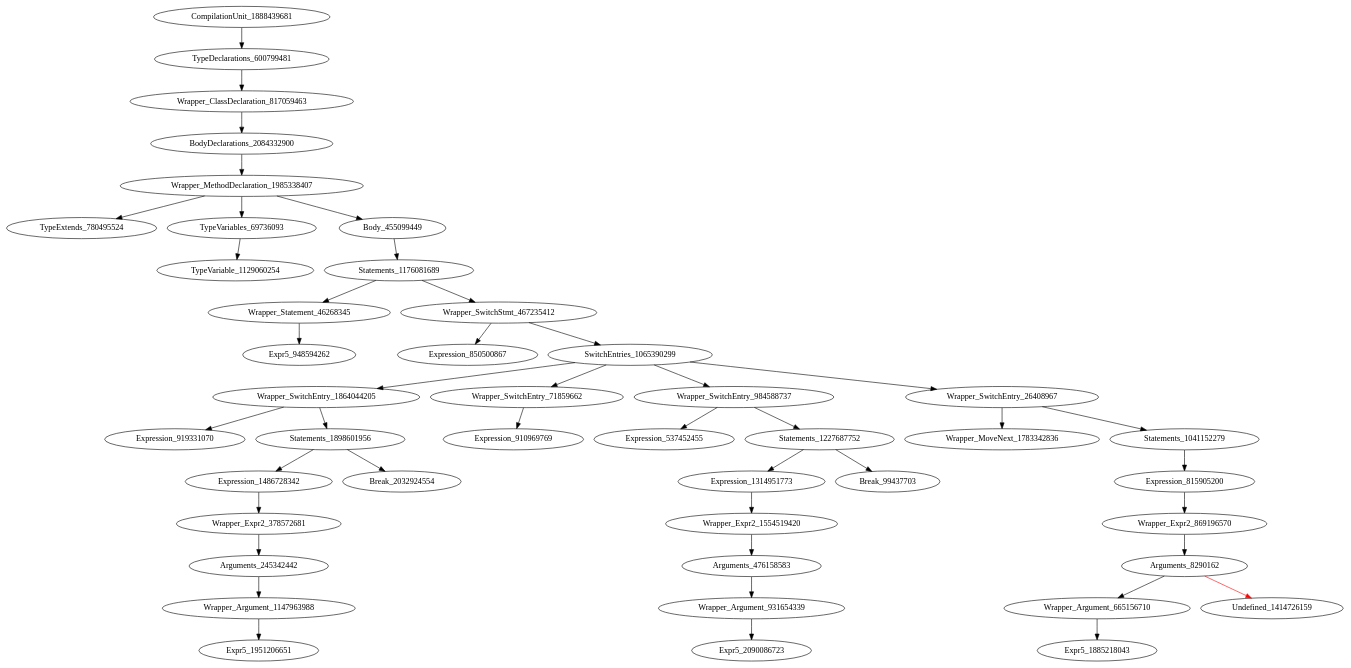
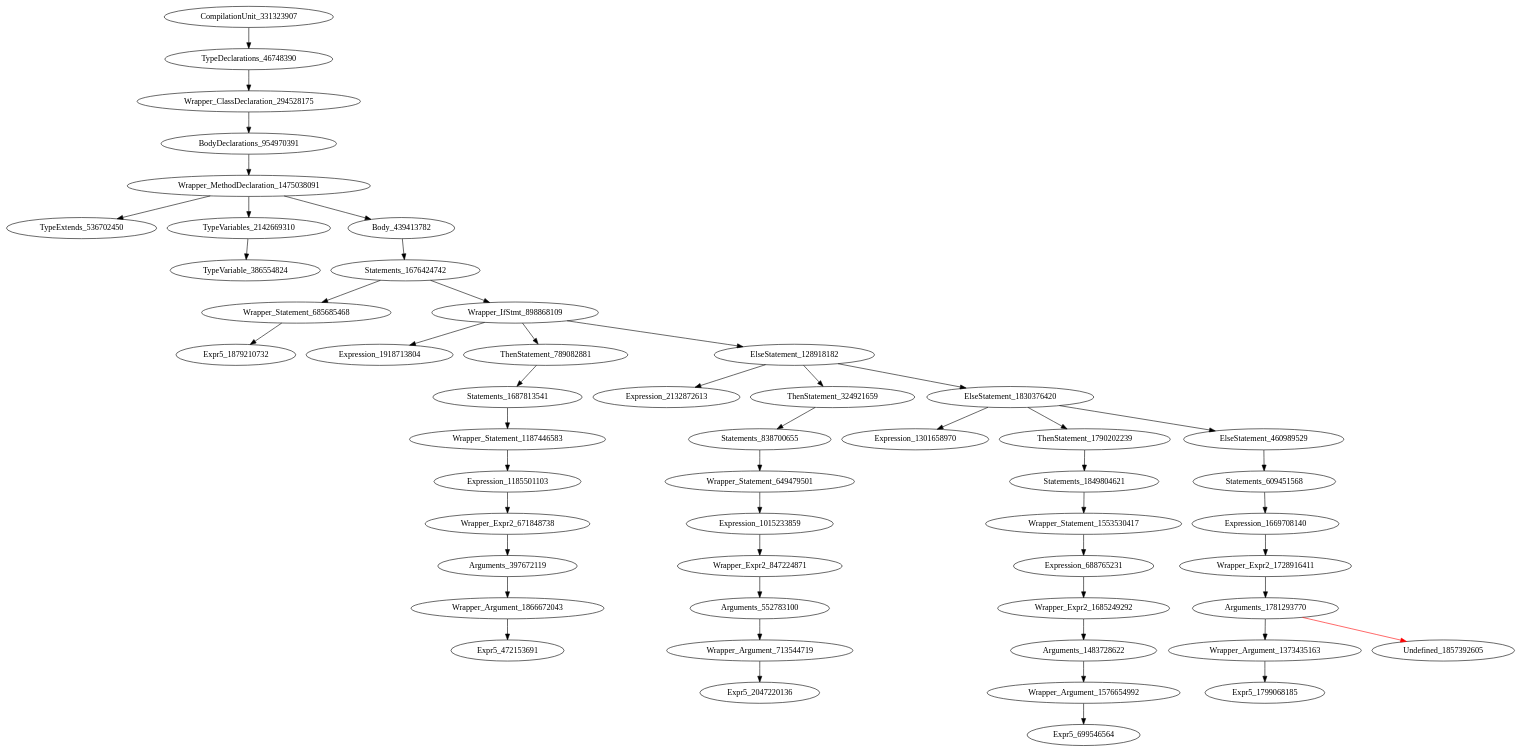
One commit to icse2023material/VoiceJava changed the diagram in holeAST.dot. Above: the diagram before and after it, drawn with Graphviz. The commit also changed 6 other files, not shown here.

```diff
--- a/holeAST.dot
+++ b/holeAST.dot
@@ -1,45 +1,51 @@
 digraph {
-CompilationUnit_1888439681 -> TypeDeclarations_600799481
-TypeDeclarations_600799481 -> Wrapper_ClassDeclaration_817059463
-Wrapper_ClassDeclaration_817059463 -> BodyDeclarations_2084332900
-BodyDeclarations_2084332900 -> Wrapper_MethodDeclaration_1985338407
-Wrapper_MethodDeclaration_1985338407 -> TypeExtends_780495524
-Wrapper_MethodDeclaration_1985338407 -> TypeVariables_69736093
-Wrapper_MethodDeclaration_1985338407 -> Body_455099449
-TypeVariables_69736093 -> TypeVariable_1129060254
-Body_455099449 -> Statements_1176081689
-Statements_1176081689 -> Wrapper_Statement_46268345
-Statements_1176081689 -> Wrapper_SwitchStmt_467235412
-Wrapper_Statement_46268345 -> Expr5_948594262
-Wrapper_SwitchStmt_467235412 -> Expression_850500867
-Wrapper_SwitchStmt_467235412 -> SwitchEntries_1065390299
-SwitchEntries_1065390299 -> Wrapper_SwitchEntry_1864044205
-SwitchEntries_1065390299 -> Wrapper_SwitchEntry_71859662
-SwitchEntries_1065390299 -> Wrapper_SwitchEntry_984588737
-SwitchEntries_1065390299 -> Wrapper_SwitchEntry_26408967
-Wrapper_SwitchEntry_1864044205 -> Expression_919331070
-Wrapper_SwitchEntry_1864044205 -> Statements_1898601956
-Wrapper_SwitchEntry_71859662 -> Expression_910969769
-Wrapper_SwitchEntry_984588737 -> Expression_537452455
-Wrapper_SwitchEntry_984588737 -> Statements_1227687752
-Wrapper_SwitchEntry_26408967 -> Wrapper_MoveNext_1783342836
-Wrapper_SwitchEntry_26408967 -> Statements_1041152279
-Statements_1898601956 -> Expression_1486728342
-Statements_1898601956 -> Break_2032924554
-Statements_1227687752 -> Expression_1314951773
-Statements_1227687752 -> Break_99437703
-Statements_1041152279 -> Expression_815905200
-Expression_1486728342 -> Wrapper_Expr2_378572681
-Expression_1314951773 -> Wrapper_Expr2_1554519420
-Expression_815905200 -> Wrapper_Expr2_869196570
-Wrapper_Expr2_378572681 -> Arguments_245342442
-Wrapper_Expr2_1554519420 -> Arguments_476158583
-Wrapper_Expr2_869196570 -> Arguments_8290162
-Arguments_245342442 -> Wrapper_Argument_1147963988
-Arguments_476158583 -> Wrapper_Argument_931654339
-Arguments_8290162 -> Wrapper_Argument_665156710
-Arguments_8290162 -> Undefined_1414726159 [color = red] 
-Wrapper_Argument_1147963988 -> Expr5_1951206651
-Wrapper_Argument_931654339 -> Expr5_2090086723
-Wrapper_Argument_665156710 -> Expr5_1885218043
+CompilationUnit_331323907 -> TypeDeclarations_46748390
+TypeDeclarations_46748390 -> Wrapper_ClassDeclaration_294528175
+Wrapper_ClassDeclaration_294528175 -> BodyDeclarations_954970391
+BodyDeclarations_954970391 -> Wrapper_MethodDeclaration_1475038091
+Wrapper_MethodDeclaration_1475038091 -> TypeExtends_536702450
+Wrapper_MethodDeclaration_1475038091 -> TypeVariables_2142669310
+Wrapper_MethodDeclaration_1475038091 -> Body_439413782
+TypeVariables_2142669310 -> TypeVariable_386554824
+Body_439413782 -> Statements_1676424742
+Statements_1676424742 -> Wrapper_Statement_685685468
+Statements_1676424742 -> Wrapper_IfStmt_898868109
+Wrapper_Statement_685685468 -> Expr5_1879210732
+Wrapper_IfStmt_898868109 -> Expression_1918713804
+Wrapper_IfStmt_898868109 -> ThenStatement_789082881
+Wrapper_IfStmt_898868109 -> ElseStatement_128918182
+ThenStatement_789082881 -> Statements_1687813541
+ElseStatement_128918182 -> Expression_2132872613
+ElseStatement_128918182 -> ThenStatement_324921659
+ElseStatement_128918182 -> ElseStatement_1830376420
+Statements_1687813541 -> Wrapper_Statement_1187446583
+ThenStatement_324921659 -> Statements_838700655
+ElseStatement_1830376420 -> Expression_1301658970
+ElseStatement_1830376420 -> ThenStatement_1790202239
+ElseStatement_1830376420 -> ElseStatement_460989529
+Wrapper_Statement_1187446583 -> Expression_1185501103
+Statements_838700655 -> Wrapper_Statement_649479501
+ThenStatement_1790202239 -> Statements_1849804621
+ElseStatement_460989529 -> Statements_609451568
+Expression_1185501103 -> Wrapper_Expr2_671848738
+Wrapper_Statement_649479501 -> Expression_1015233859
+Statements_1849804621 -> Wrapper_Statement_1553530417
+Statements_609451568 -> Expression_1669708140
+Wrapper_Expr2_671848738 -> Arguments_397672119
+Expression_1015233859 -> Wrapper_Expr2_847224871
+Wrapper_Statement_1553530417 -> Expression_688765231
+Expression_1669708140 -> Wrapper_Expr2_1728916411
+Arguments_397672119 -> Wrapper_Argument_1866672043
+Wrapper_Expr2_847224871 -> Arguments_552783100
+Expression_688765231 -> Wrapper_Expr2_1685249292
+Wrapper_Expr2_1728916411 -> Arguments_1781293770
+Wrapper_Argument_1866672043 -> Expr5_472153691
+Arguments_552783100 -> Wrapper_Argument_713544719
+Wrapper_Expr2_1685249292 -> Arguments_1483728622
+Arguments_1781293770 -> Wrapper_Argument_1373435163
+Arguments_1781293770 -> Undefined_1857392605 [color = red] 
+Wrapper_Argument_713544719 -> Expr5_2047220136
+Arguments_1483728622 -> Wrapper_Argument_1576654992
+Wrapper_Argument_1373435163 -> Expr5_1799068185
+Wrapper_Argument_1576654992 -> Expr5_699546564
 }
```
